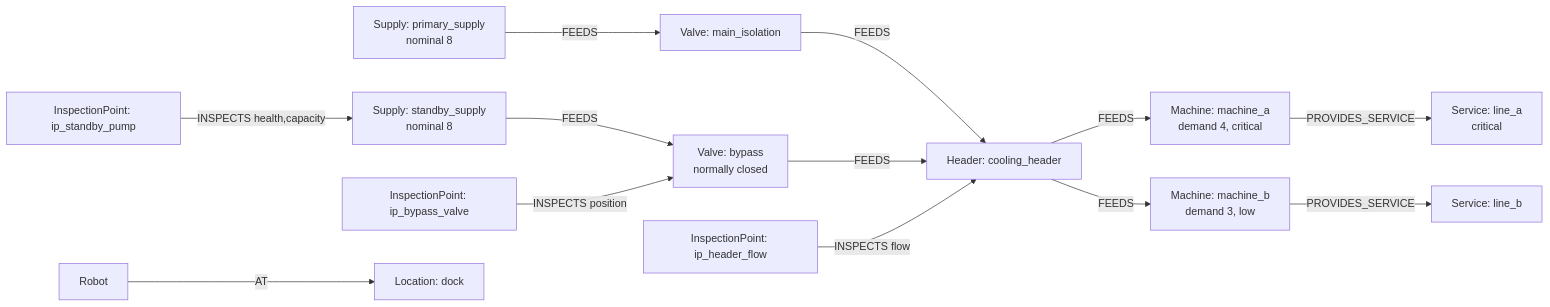
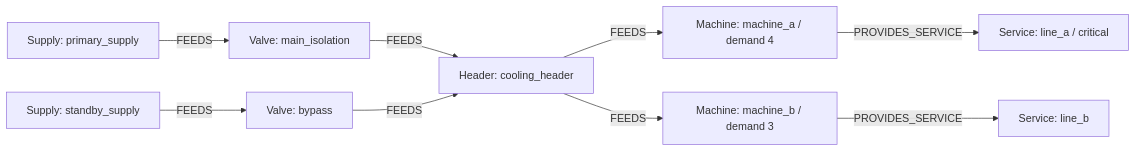
Before and after one commit to KhushiSharma22/RippleFalkorDB: the first of 3 diagrams in docs/graph-model.md, drawn with Mermaid. The commit also changed other lines of this file and 37 other files, not shown here.

Commit message:
Complete graph-branch simulation demo and submission documentation

````diff
--- a/docs/graph-model.md
+++ b/docs/graph-model.md
@@ -118,15 +7,11 @@
 ```mermaid
-graph LR
-  PS[Supply: primary_supply<br/>nominal 8] -->|FEEDS| MIV[Valve: main_isolation]
-  SS[Supply: standby_supply<br/>nominal 8] -->|FEEDS| BV[Valve: bypass<br/>normally closed]
-  MIV -->|FEEDS| H[Header: cooling_header]
-  BV -->|FEEDS| H
-  H -->|FEEDS| MA[Machine: machine_a<br/>demand 4, critical]
-  H -->|FEEDS| MB[Machine: machine_b<br/>demand 3, low]
-  MA -->|PROVIDES_SERVICE| SA[Service: line_a<br/>critical]
-  MB -->|PROVIDES_SERVICE| SB[Service: line_b]
-  IP1[InspectionPoint: ip_standby_pump] -->|INSPECTS health,capacity| SS
-  IP2[InspectionPoint: ip_bypass_valve] -->|INSPECTS position| BV
-  IP3[InspectionPoint: ip_header_flow] -->|INSPECTS flow| H
-  R[Robot] -->|AT| L0[Location: dock]
+flowchart LR
+    PS[Supply: primary_supply] -->|FEEDS| Main[Valve: main_isolation]
+    SS[Supply: standby_supply] -->|FEEDS| Bypass[Valve: bypass]
+    Main -->|FEEDS| H[Header: cooling_header]
+    Bypass -->|FEEDS| H
+    H -->|FEEDS| A[Machine: machine_a / demand 4]
+    H -->|FEEDS| B[Machine: machine_b / demand 3]
+    A -->|PROVIDES_SERVICE| SA[Service: line_a / critical]
+    B -->|PROVIDES_SERVICE| SB[Service: line_b]
 ```
````
